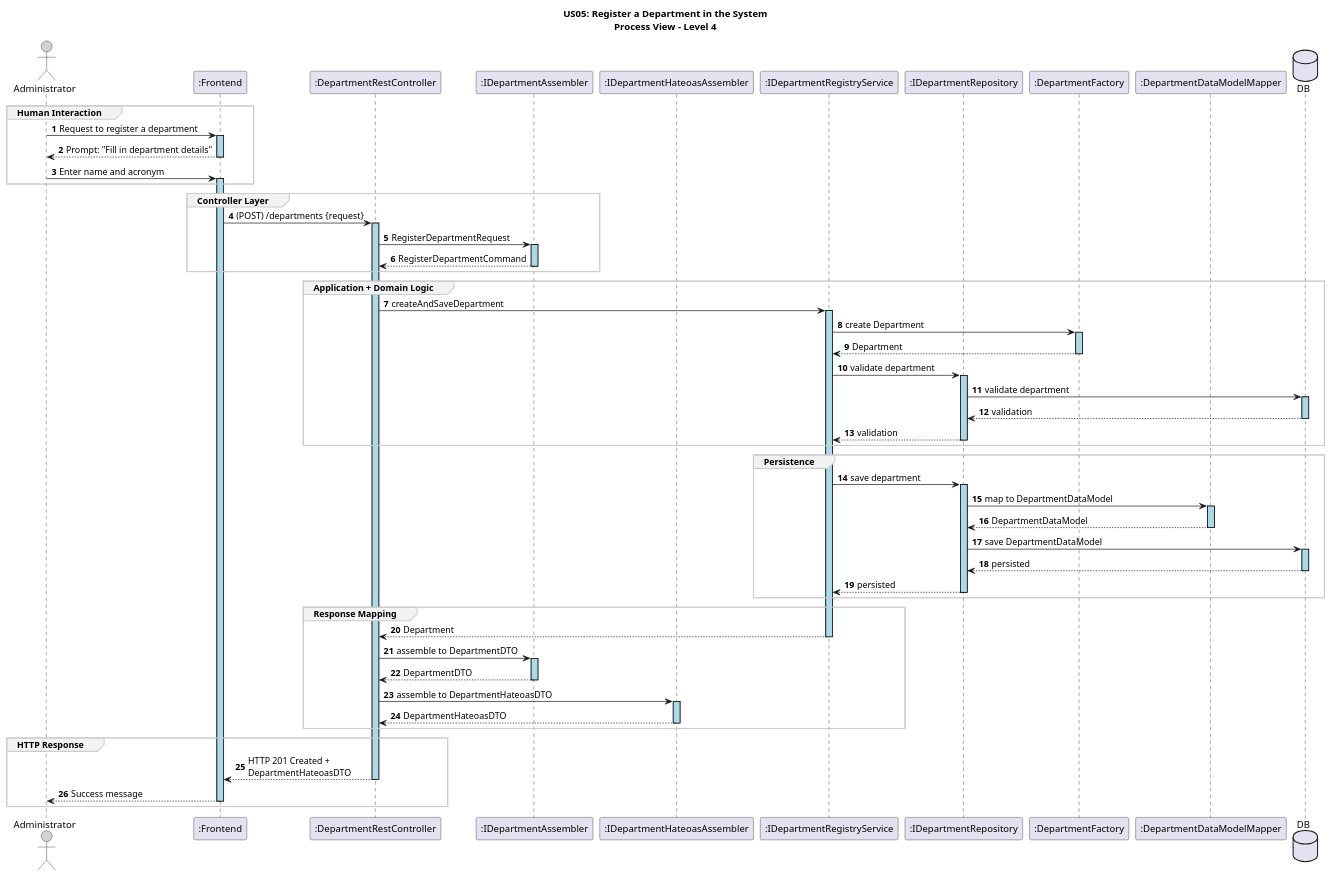
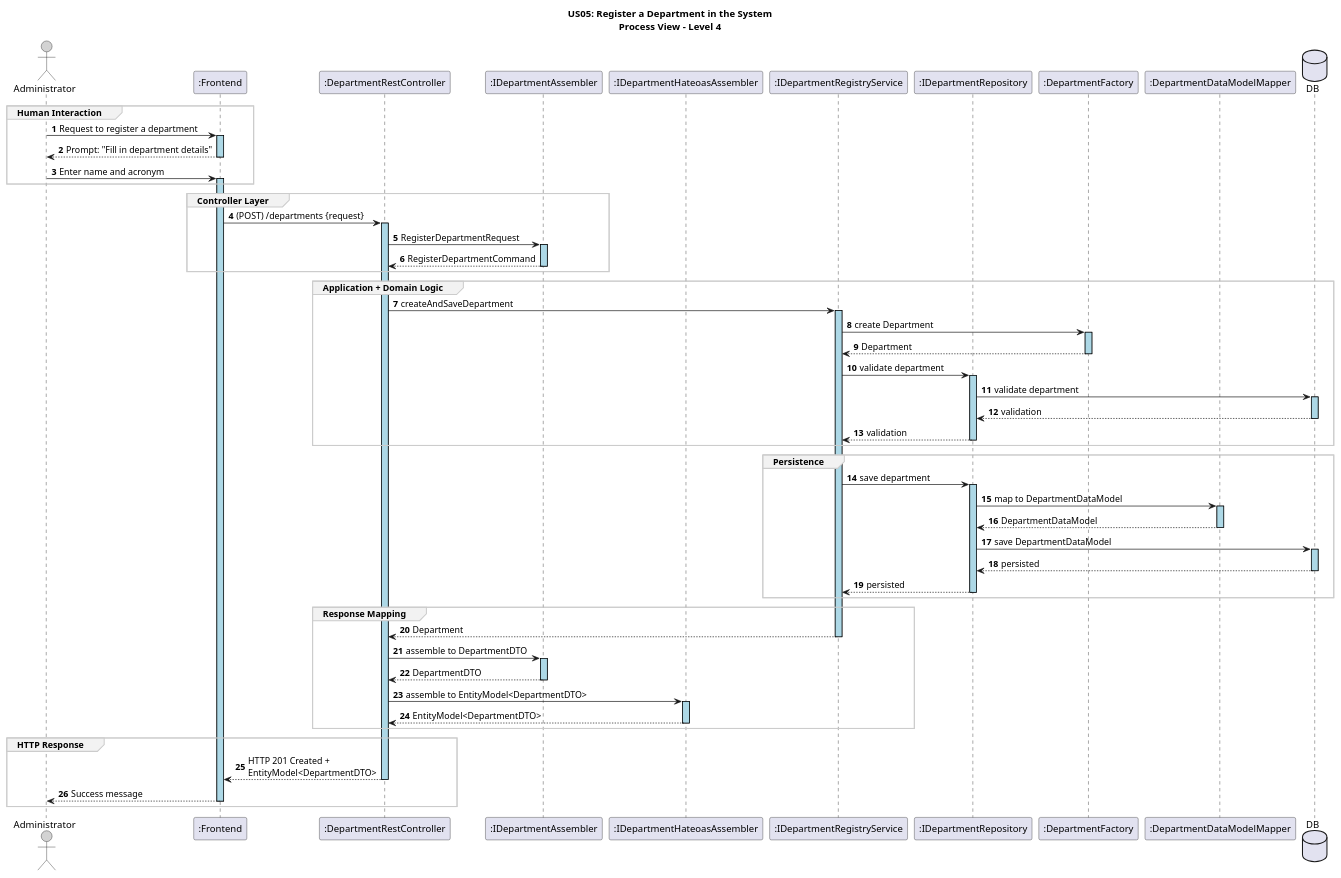
The diagram in docs/US05/sprint6_RestAPI/ProcessView/US05_RestAPI_ProcessView_Level4.puml (GasparISEP/DevOps-PAI), drawn with PlantUML before and after one commit. The commit also changed 1 other file, not shown here.

Commit message:
doc: refactor diagrams to reflect future implementation (refs #500, refs #575)

```diff
--- a/docs/US05/sprint6_RestAPI/ProcessView/US05_RestAPI_ProcessView_Level4.puml
+++ b/docs/US05/sprint6_RestAPI/ProcessView/US05_RestAPI_ProcessView_Level4.puml
@@ -1,71 +1,71 @@
 @startuml
 
 title US05: Register a Department in the System\nProcess View – Level 4
 
 autonumber
 skinparam sequence {
     LifelineBorderColor black
     LifelineBackgroundColor LightBlue
     ActorBorderColor black
     ActorBackgroundColor LightGray
     GroupBorderColor #cccccc
     GroupBackgroundColor #f2f2f2
 }
 
 actor "Administrator" as ADM
 participant ":Frontend" as UI
 participant ":DepartmentRestController" as Controller
 participant ":IDepartmentAssembler" as Assembler
 participant ":IDepartmentHateoasAssembler" as HAAssembler
 participant ":IDepartmentRegistryService" as Service
 participant ":IDepartmentRepository" as Repository
 participant ":DepartmentFactory" as Factory
 participant ":DepartmentDataModelMapper" as DataModelMapper
 database "DB" as SpringDataRepo
 
 group Human Interaction
 ADM -> UI ++: Request to register a department
 UI --> ADM --: Prompt: "Fill in department details"
 ADM -> UI ++: Enter name and acronym
 end group
 
 group Controller Layer
 UI -> Controller ++: (POST) /departments {request}
 Controller -> Assembler ++: RegisterDepartmentRequest
 Assembler --> Controller --: RegisterDepartmentCommand
 end group
 
 
 group Application + Domain Logic
 Controller -> Service ++: createAndSaveDepartment
 Service -> Factory ++: create Department
 Factory --> Service --: Department
 Service -> Repository ++: validate department
 Repository -> SpringDataRepo ++: validate department
 SpringDataRepo --> Repository --: validation
 Repository --> Service --: validation
 end group
 
 group Persistence
 Service -> Repository ++: save department
 Repository -> DataModelMapper ++: map to DepartmentDataModel
 DataModelMapper --> Repository --: DepartmentDataModel
 Repository -> SpringDataRepo ++: save DepartmentDataModel
 SpringDataRepo --> Repository --: persisted
 Repository --> Service --: persisted
 end group
 
 group Response Mapping
 Service --> Controller --: Department
 Controller -> Assembler ++: assemble to DepartmentDTO
 Assembler --> Controller --: DepartmentDTO
-Controller -> HAAssembler ++: assemble to DepartmentHateoasDTO
-HAAssembler --> Controller --: DepartmentHateoasDTO
+Controller -> HAAssembler ++: assemble to EntityModel<DepartmentDTO>
+HAAssembler --> Controller --: EntityModel<DepartmentDTO>
 end group
 
 group HTTP Response
-Controller --> UI --: HTTP 201 Created + \nDepartmentHateoasDTO
+Controller --> UI --: HTTP 201 Created + \nEntityModel<DepartmentDTO>
 UI --> ADM --: Success message
 end group
 
 @enduml
```
